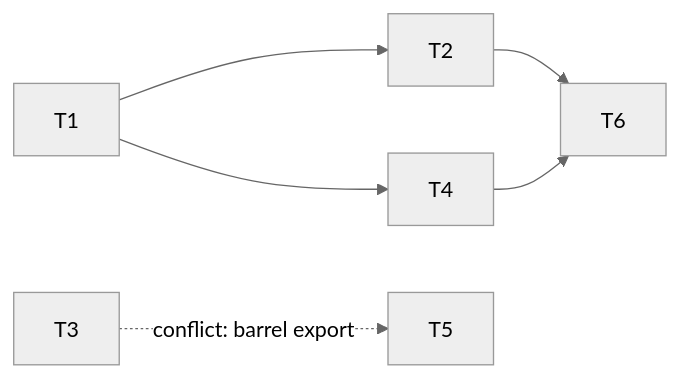
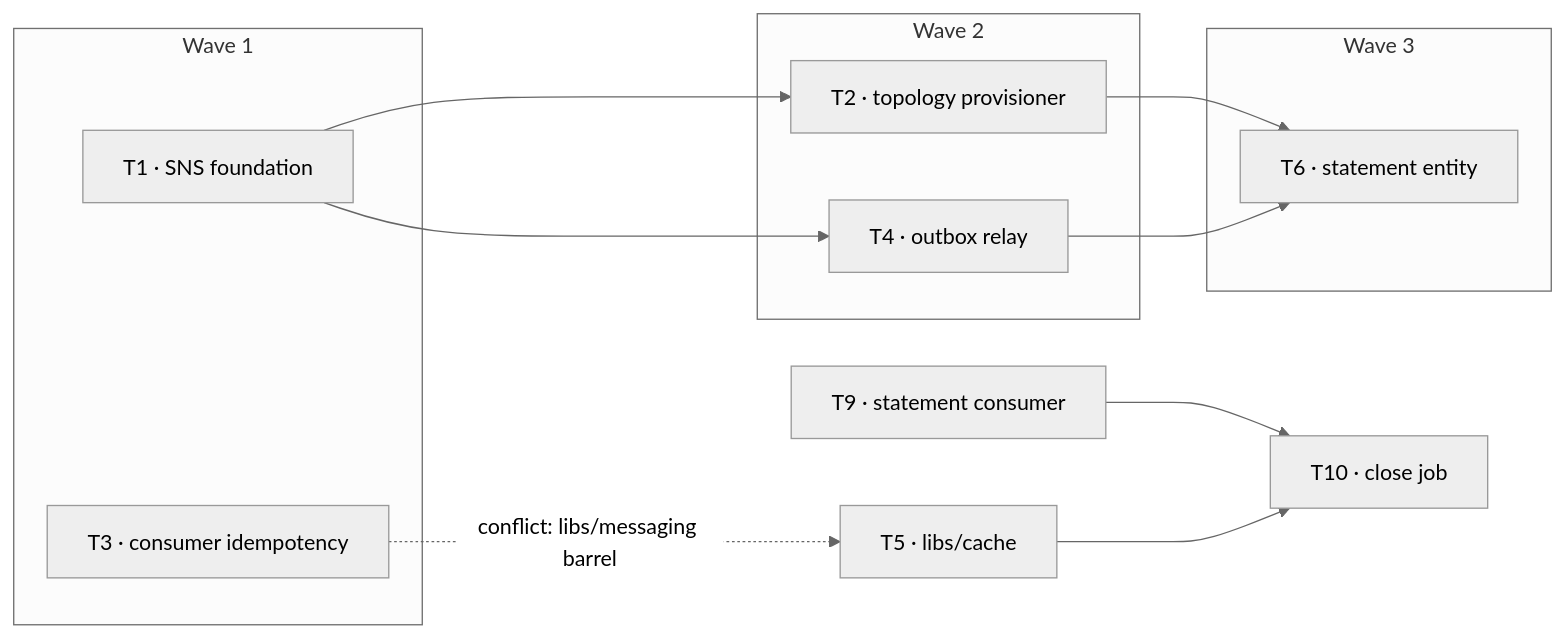
One commit to hugo-hsbtech/hsb-plugin-marketplace changed the diagram in plugins/cadence/skills/cadence-planner/references/cycle-plan-template.md. Above: the diagram before and after it, drawn with Mermaid (neutral theme). The commit also changed other lines of this file and 3 other files, not shown here.

First line of the commit message:
fix(planner): force template fidelity — mermaid graphs, field-set briefs, pre-write gate

````diff
--- a/plugins/cadence/skills/cadence-planner/references/cycle-plan-template.md
+++ b/plugins/cadence/skills/cadence-planner/references/cycle-plan-template.md
@@ -31,9 +37,23 @@
 ```mermaid
 graph LR
+  subgraph W1[Wave 1]
+    T1[T1 · SNS foundation]
+    T3[T3 · consumer idempotency]
+  end
+  subgraph W2[Wave 2]
+    T2[T2 · topology provisioner]
+    T4[T4 · outbox relay]
+  end
+  subgraph W3[Wave 3]
+    T6[T6 · statement entity]
+  end
   T1 --> T2
   T1 --> T4
   T2 --> T6
   T4 --> T6
-  %% conflict edges (serialized, no logical order) shown dashed
-  T3 -.conflict: barrel export.-> T5
+  %% write-write conflicts: no logical order, serialized by decree — dashed + labelled
+  T3 -. "conflict: libs/messaging barrel" .-> T5[T5 · libs/cache]
+  %% a 2+-blocker task: show every parent edge, don't summarise them in prose
+  T9[T9 · statement consumer] --> T10[T10 · close job]
+  T5 --> T10
 ```
````
